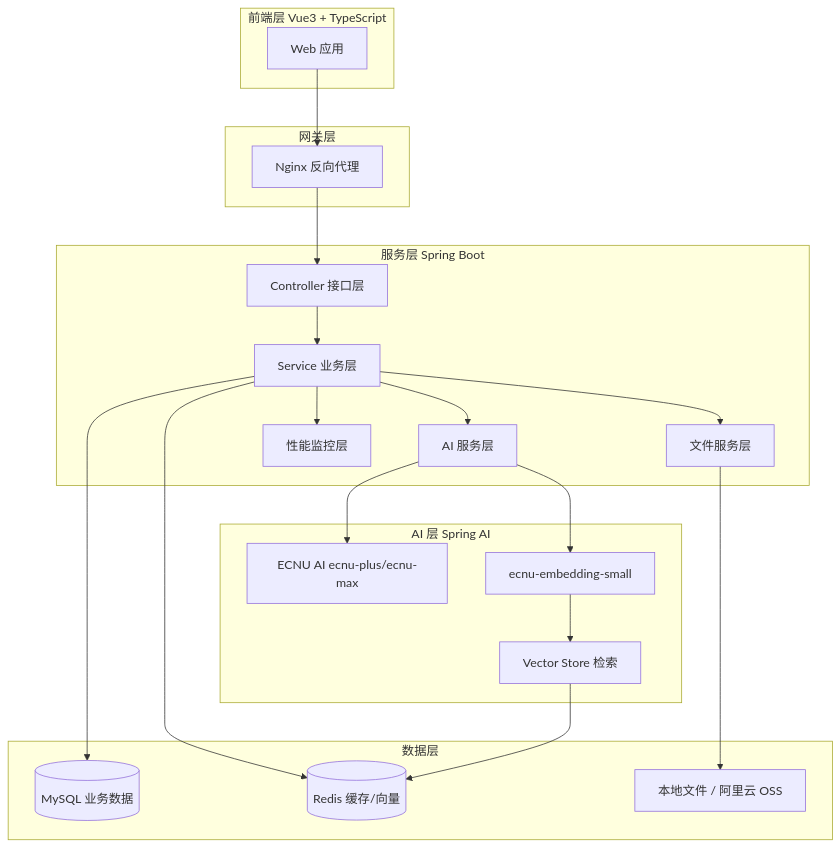
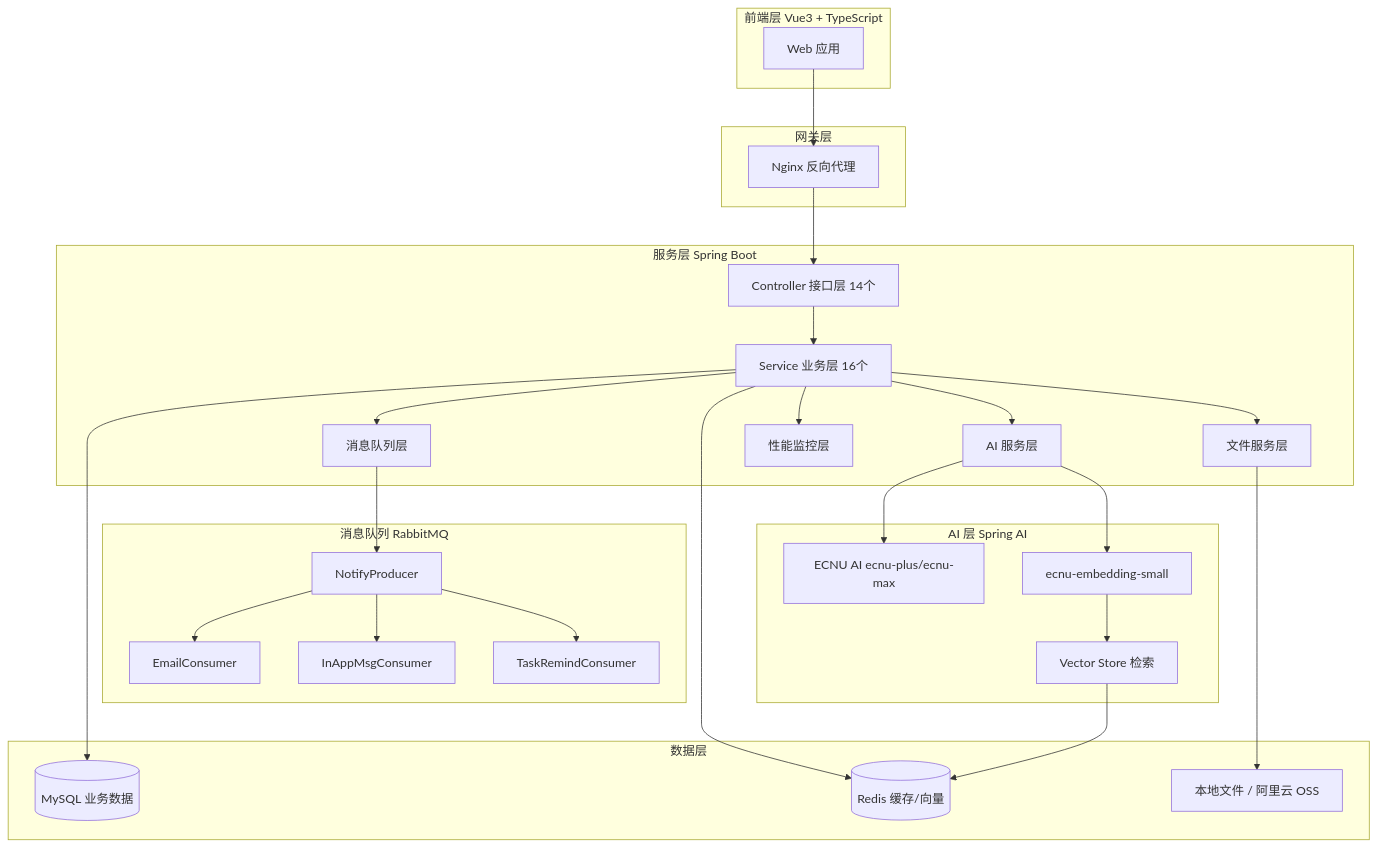
Before and after one commit to Redmoon-2333/HumanResourceOfficial: the first of 4 diagrams in README.md, drawn with Mermaid. The commit also changed other lines of this file and 94 other files, not shown here.

````diff
--- a/README.md
+++ b/README.md
@@ -75,44 +83,57 @@
 ```mermaid
 graph TB
     subgraph 前端层["前端层 Vue3 + TypeScript"]
         A[Web 应用]
     end
 
     subgraph 网关层["网关层"]
         B[Nginx 反向代理]
     end
 
     subgraph 服务层["服务层 Spring Boot"]
-        C[Controller 接口层]
-        D[Service 业务层]
+        C[Controller 接口层 14个]
+        D[Service 业务层 16个]
         E[AI 服务层]
         F[文件服务层]
-        G[性能监控层]
+        G[消息队列层]
+        H[性能监控层]
     end
 
     subgraph 数据层["数据层"]
-        H[(MySQL 业务数据)]
-        I[(Redis 缓存/向量)]
-        J[本地文件 / 阿里云 OSS]
+        I[(MySQL 业务数据)]
+        J[(Redis 缓存/向量)]
+        K[本地文件 / 阿里云 OSS]
+    end
+
+    subgraph MQ层["消息队列 RabbitMQ"]
+        L[NotifyProducer]
+        M[EmailConsumer]
+        N[InAppMsgConsumer]
+        O[TaskRemindConsumer]
     end
 
     subgraph AI 层["AI 层 Spring AI"]
-        K[ECNU AI ecnu-plus/ecnu-max]
-        L[ecnu-embedding-small]
-        M[Vector Store 检索]
+        P[ECNU AI ecnu-plus/ecnu-max]
+        Q[ecnu-embedding-small]
+        R[Vector Store 检索]
     end
 
     A --> B
     B --> C
     C --> D
     D --> E
     D --> F
     D --> G
     D --> H
     D --> I
-    F --> J
-    E --> K
-    E --> L
+    D --> J
+    F --> K
+    G --> L
     L --> M
-    M --> I
+    L --> N
+    L --> O
+    E --> P
+    E --> Q
+    Q --> R
+    R --> J
 ```
````
